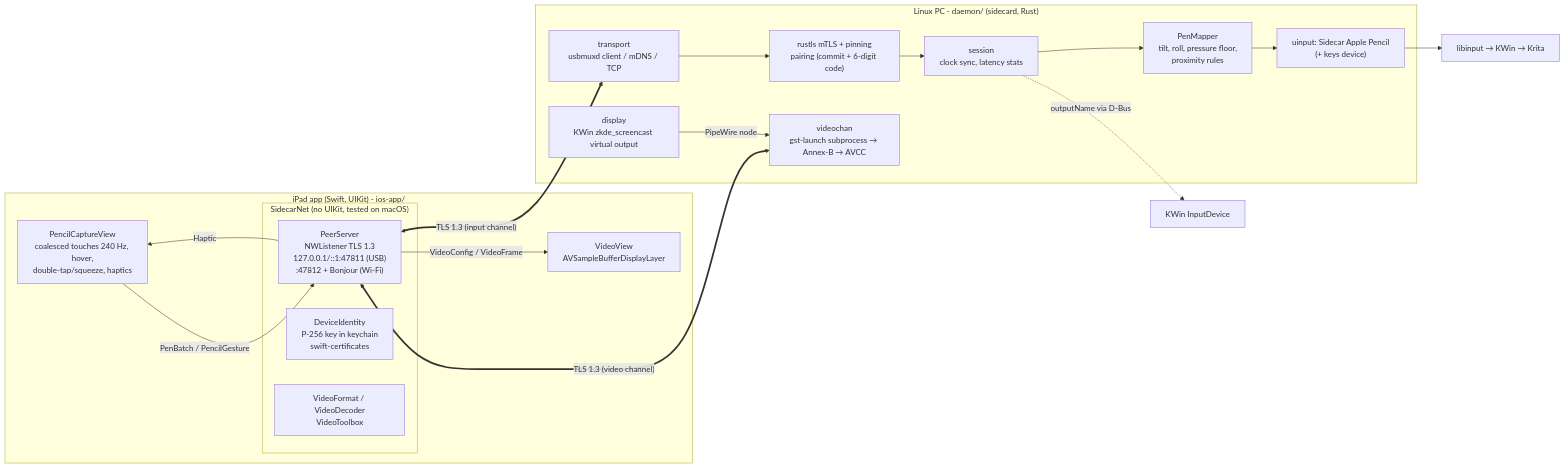
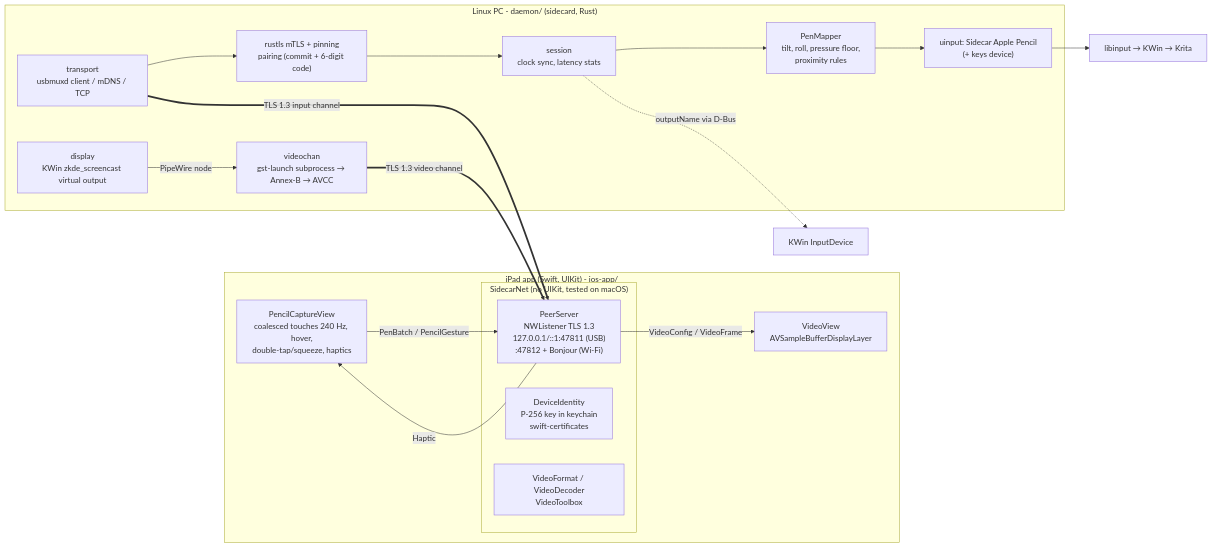
One commit to no-fy/sidecarforlinux changed the first of 2 diagrams in docs/architecture.md. Above: the diagram before and after it, drawn with Mermaid.

Commit message:
docs: simpler mermaid edges

````diff
--- a/docs/architecture.md
+++ b/docs/architecture.md
@@ -5,32 +5,32 @@
 ```mermaid
 flowchart LR
   subgraph iPad["iPad app (Swift, UIKit) - ios-app/"]
     PCV["PencilCaptureView<br/>coalesced touches 240 Hz, hover,<br/>double-tap/squeeze, haptics"]
     VV["VideoView<br/>AVSampleBufferDisplayLayer"]
     subgraph Net["SidecarNet (no UIKit, tested on macOS)"]
       PS["PeerServer<br/>NWListener TLS 1.3<br/>127.0.0.1/::1:47811 (USB)<br/>:47812 + Bonjour (Wi-Fi)"]
       ID["DeviceIdentity<br/>P-256 key in keychain<br/>swift-certificates"]
       VD["VideoFormat / VideoDecoder<br/>VideoToolbox"]
     end
     PCV -- PenBatch / PencilGesture --> PS
     PS -- Haptic --> PCV
     PS -- VideoConfig / VideoFrame --> VV
   end
 
   subgraph PC["Linux PC - daemon/ (sidecard, Rust)"]
     TR["transport<br/>usbmuxd client / mDNS / TCP"]
     TLS["rustls mTLS + pinning<br/>pairing (commit + 6-digit code)"]
     SES["session<br/>clock sync, latency stats"]
     MAP["PenMapper<br/>tilt, roll, pressure floor,<br/>proximity rules"]
     UI["uinput: Sidecar Apple Pencil<br/>(+ keys device)"]
     VC["videochan<br/>gst-launch subprocess → Annex-B → AVCC"]
     DISP["display<br/>KWin zkde_screencast virtual output"]
   end
 
-  PS <== "TLS 1.3 (input channel)" ==> TR
-  PS <== "TLS 1.3 (video channel)" ==> VC
+  TR == "TLS 1.3 input channel" ==> PS
+  VC == "TLS 1.3 video channel" ==> PS
   TR --> TLS --> SES --> MAP --> UI
   UI --> LI["libinput → KWin → Krita"]
   DISP -- PipeWire node --> VC
   SES -. "outputName via D-Bus" .-> KW["KWin InputDevice"]
 ```
````
